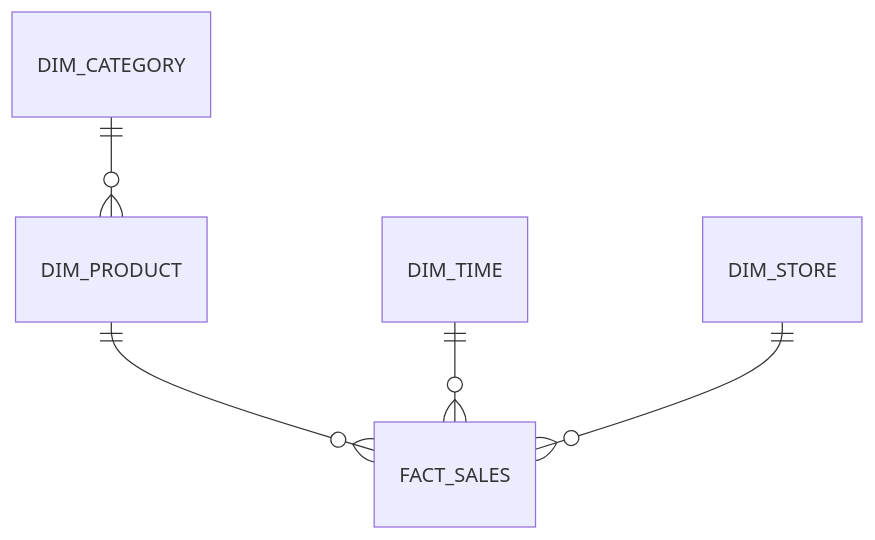
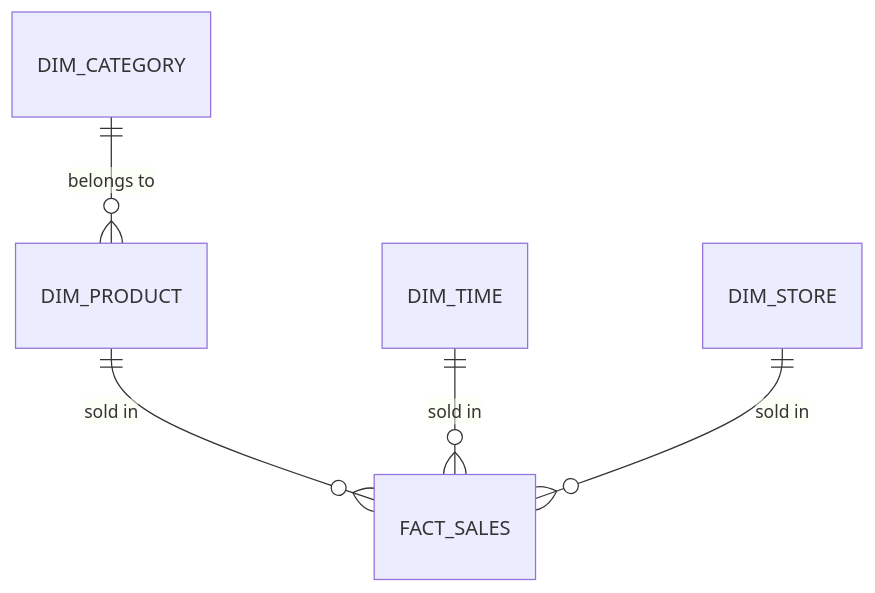
Before and after one commit to ankitkumar131/sem3: the seventh of 7 diagrams in DS/unit 2.md, drawn with Mermaid. The commit also changed 5 other files, not shown here.

Commit message:
Fix Mermaid diagram syntax errors in WT, BI, DS notes

````diff
--- a/DS/unit 2.md
+++ b/DS/unit 2.md
@@ -167,7 +167,7 @@
 ```mermaid
 erDiagram
-    DIM_CATEGORY ||--o{ DIM_PRODUCT : ""
-    DIM_PRODUCT ||--o{ FACT_SALES : ""
-    DIM_TIME ||--o{ FACT_SALES : ""
-    DIM_STORE ||--o{ FACT_SALES : ""
+    DIM_CATEGORY ||--o{ DIM_PRODUCT : "belongs to"
+    DIM_PRODUCT ||--o{ FACT_SALES : "sold in"
+    DIM_TIME ||--o{ FACT_SALES : "sold in"
+    DIM_STORE ||--o{ FACT_SALES : "sold in"
 ```
````
